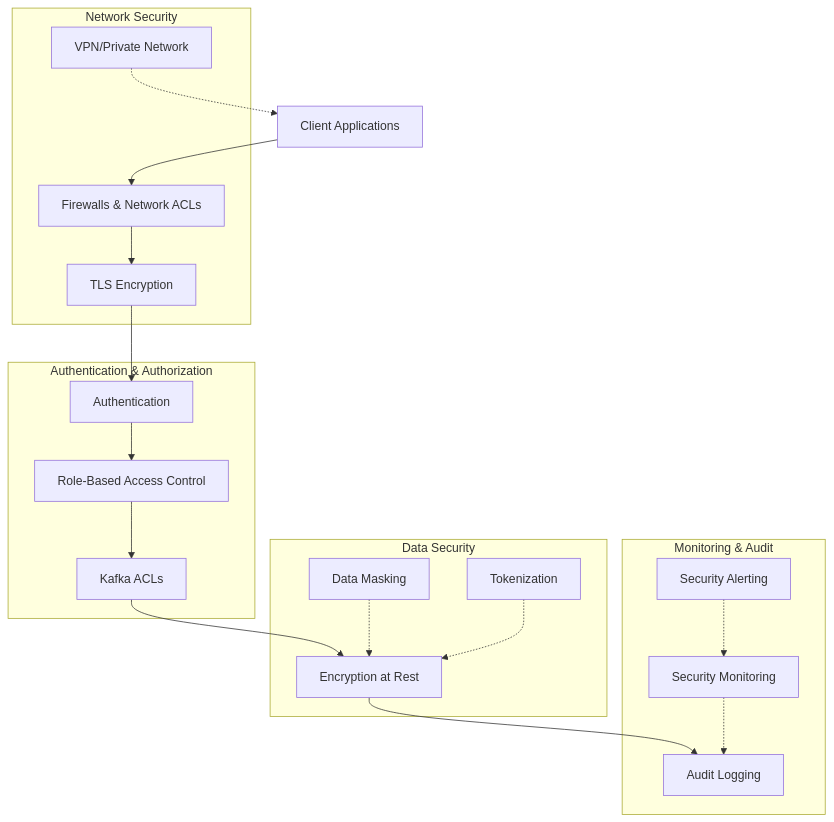
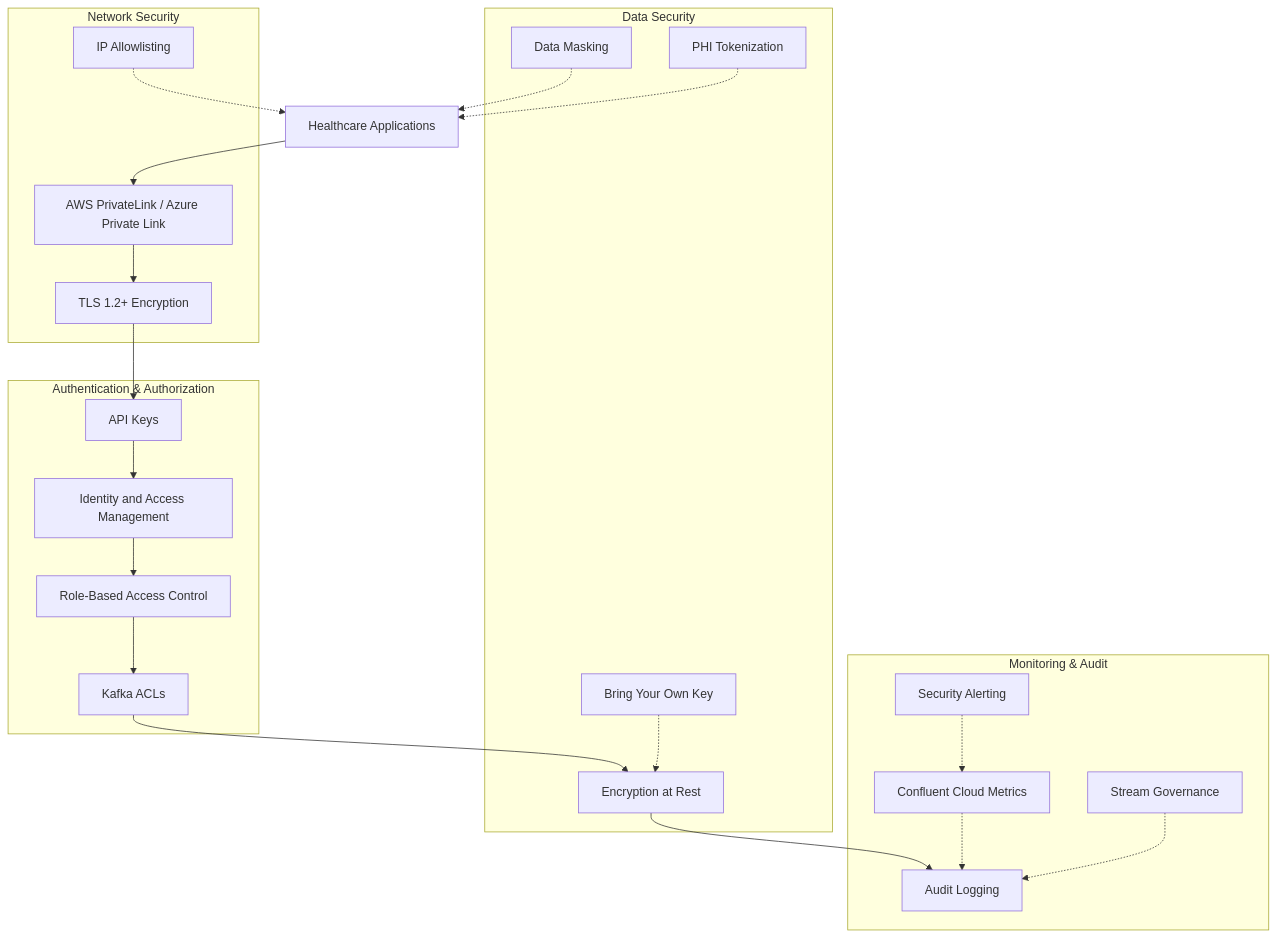
The diagram in docs/architecture/core_components/event-broker/05-operations/security.md (ryan-norman-cmm/cmm-reference-architecture), drawn with Mermaid before and after one commit. The commit also changed other lines of this file and 1 other file, not shown here.

First line of the commit message:
feat(event-broker): modernize documentation with TypeScript and Confluent Cloud features

````diff
--- a/docs/architecture/core_components/event-broker/05-operations/security.md
+++ b/docs/architecture/core_components/event-broker/05-operations/security.md
@@ -11,40 +11,46 @@
 ```mermaid
 flowchart TB
     subgraph "Network Security"
-        Firewall["Firewalls & Network ACLs"]
-        TLS["TLS Encryption"]
-        VPN["VPN/Private Network"]
+        PrivateLink["AWS PrivateLink / Azure Private Link"]
+        TLS["TLS 1.2+ Encryption"]
+        IPACL["IP Allowlisting"]
     end
     
     subgraph "Authentication & Authorization"
-        Auth["Authentication"]
+        APIKeys["API Keys"]
+        IAM["Identity and Access Management"]
         RBAC["Role-Based Access Control"]
         ACLs["Kafka ACLs"]
     end
     
     subgraph "Data Security"
         Encryption["Encryption at Rest"]
+        BYOK["Bring Your Own Key"]
         Masking["Data Masking"]
-        Tokenization["Tokenization"]
+        Tokenization["PHI Tokenization"]
     end
     
     subgraph "Monitoring & Audit"
-        Logging["Audit Logging"]
-        Monitoring["Security Monitoring"]
+        Metrics["Confluent Cloud Metrics"]
+        Audit["Audit Logging"]
+        StreamGovernance["Stream Governance"]
         Alerting["Security Alerting"]
     end
     
-    Client["Client Applications"] --> Firewall
-    Firewall --> TLS
-    TLS --> Auth
-    Auth --> RBAC
+    Client["Healthcare Applications"] --> PrivateLink
+    PrivateLink --> TLS
+    TLS --> APIKeys
+    APIKeys --> IAM
+    IAM --> RBAC
     RBAC --> ACLs
     ACLs --> Encryption
-    Encryption --> Logging
+    Encryption --> Audit
     
-    VPN -.-> Client
-    Masking -.-> Encryption
-    Tokenization -.-> Encryption
-    Monitoring -.-> Logging
-    Alerting -.-> Monitoring
+    IPACL -.-> Client
+    BYOK -.-> Encryption
+    Masking -.-> Client
+    Tokenization -.-> Client
+    Metrics -.-> Audit
+    StreamGovernance -.-> Audit
+    Alerting -.-> Metrics
 ```
````
